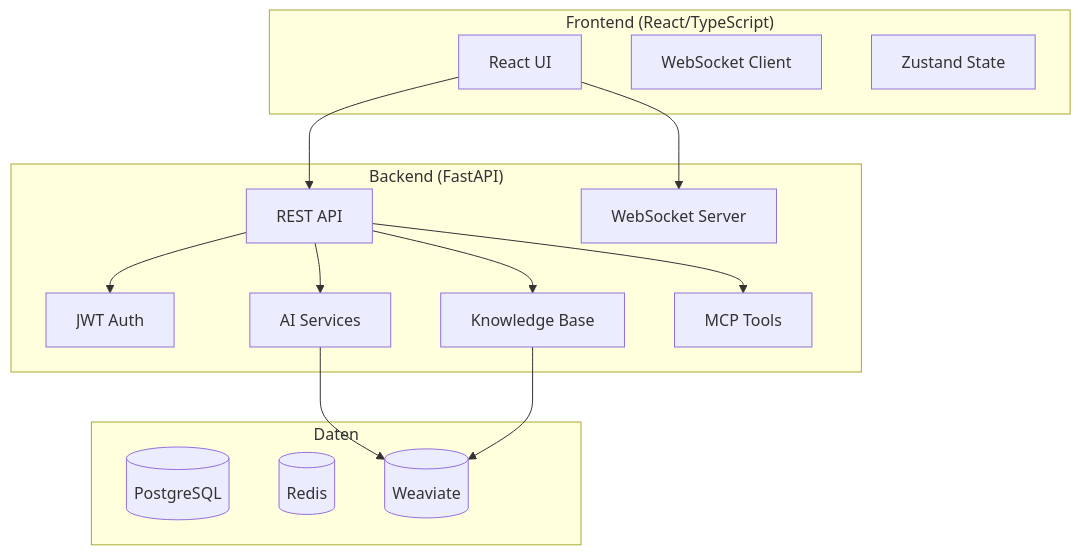
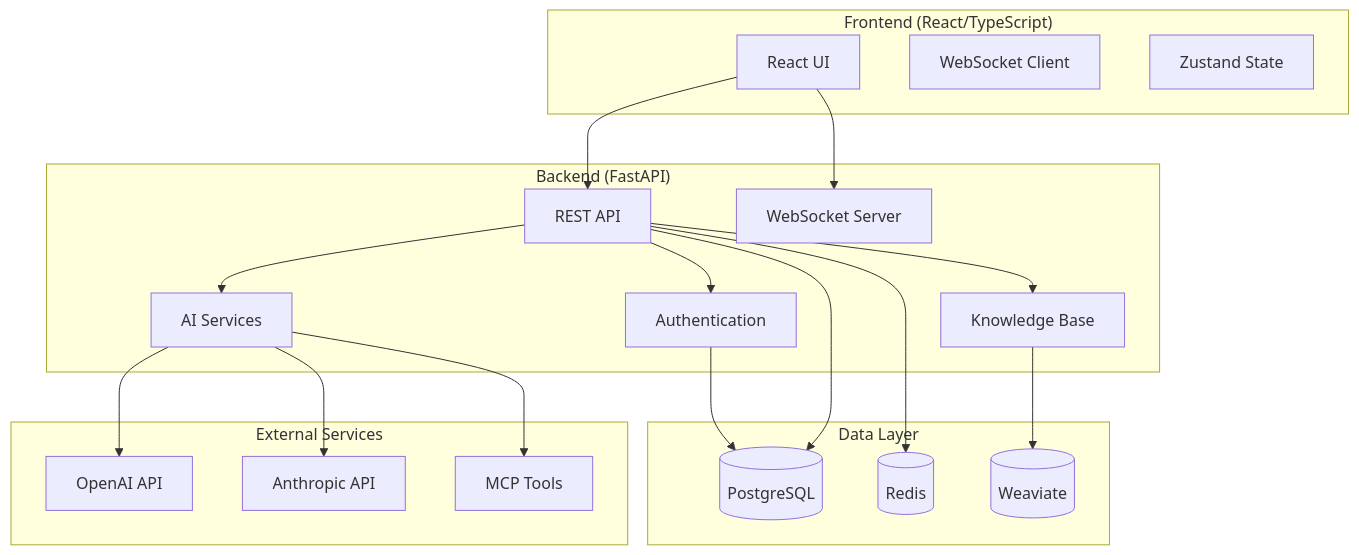
The diagram in docs/developer-guide.md (ConvoSphere/ConvoSphere), drawn with Mermaid before and after one commit. The commit also changed other lines of this file and 67 other files, not shown here.

````diff
--- a/docs/developer-guide.md
+++ b/docs/developer-guide.md
@@ -10,32 +10,41 @@
 ```mermaid
 graph TB
     subgraph "Frontend (React/TypeScript)"
         UI[React UI]
         WS[WebSocket Client]
         State[Zustand State]
     end
     
     subgraph "Backend (FastAPI)"
         API[REST API]
         WS_Server[WebSocket Server]
-        Auth[JWT Auth]
         AI[AI Services]
         KB[Knowledge Base]
-        MCP[MCP Tools]
+        Auth[Authentication]
     end
     
-    subgraph "Daten"
+    subgraph "Data Layer"
         PG[(PostgreSQL)]
         Redis[(Redis)]
         Weaviate[(Weaviate)]
     end
     
+    subgraph "External Services"
+        OpenAI[OpenAI API]
+        Anthropic[Anthropic API]
+        MCP[MCP Tools]
+    end
+    
     UI --> API
     UI --> WS_Server
-    API --> Auth
     API --> AI
     API --> KB
-    API --> MCP
-    AI --> Weaviate
+    API --> Auth
+    AI --> OpenAI
+    AI --> Anthropic
+    AI --> MCP
     KB --> Weaviate
+    Auth --> PG
+    API --> PG
+    API --> Redis
 ```
````
